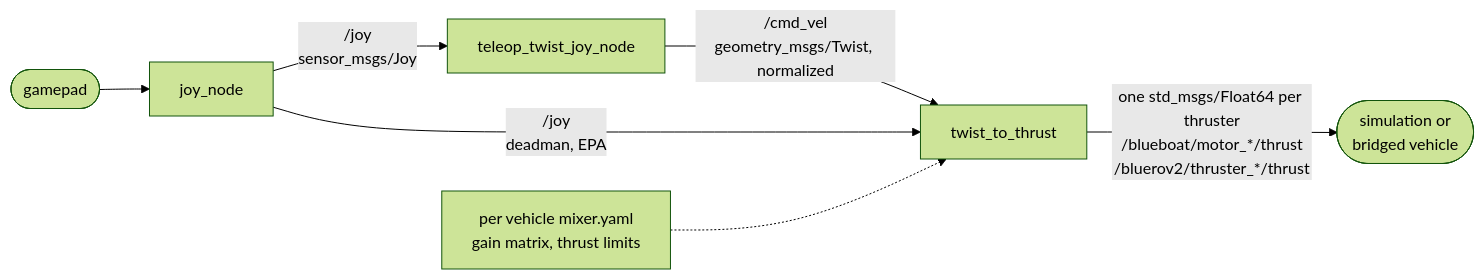
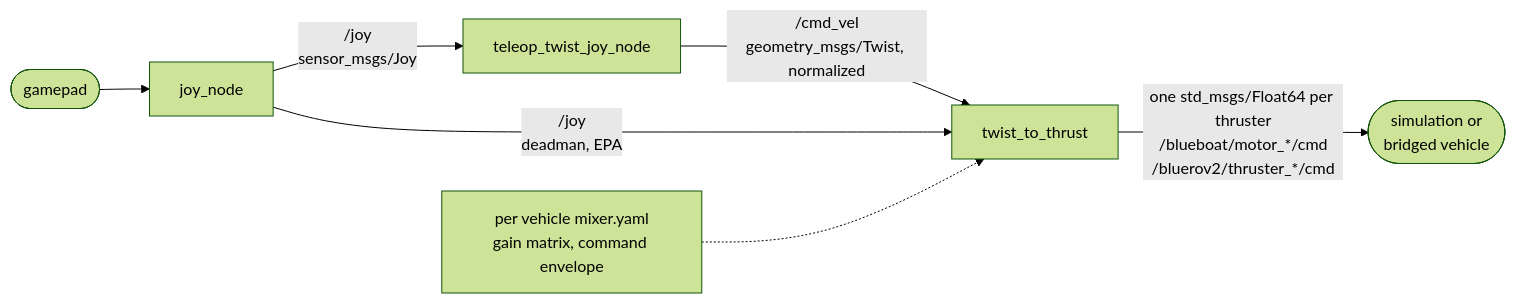
The diagram in docs/how-to/teleop.md (HonuRobotics/bluerobotics_models), drawn with Mermaid (forest theme) before and after one commit. The commit also changed 3 other files, not shown here.

````diff
--- a/docs/how-to/teleop.md
+++ b/docs/how-to/teleop.md
@@ -12,9 +12,9 @@
 ```{mermaid}
 flowchart LR
   PAD(["gamepad"]) --> JOY["joy_node"]
   JOY -- "/joy<br/>sensor_msgs/Joy" --> TTJ["teleop_twist_joy_node"]
   TTJ -- "/cmd_vel<br/>geometry_msgs/Twist, normalized" --> MIX["twist_to_thrust"]
   JOY -- "/joy<br/>deadman, EPA" --> MIX
-  CFG["per vehicle mixer.yaml<br/>gain matrix, thrust limits"] -.-> MIX
-  MIX -- "one std_msgs/Float64 per thruster<br/>/blueboat/motor_*/thrust<br/>/bluerov2/thruster_*/thrust" --> OUT(["simulation or<br/>bridged vehicle"])
+  CFG["per vehicle mixer.yaml<br/>gain matrix, command envelope"] -.-> MIX
+  MIX -- "one std_msgs/Float64 per thruster<br/>/blueboat/motor_*/cmd<br/>/bluerov2/thruster_*/cmd" --> OUT(["simulation or<br/>bridged vehicle"])
 ```
````
